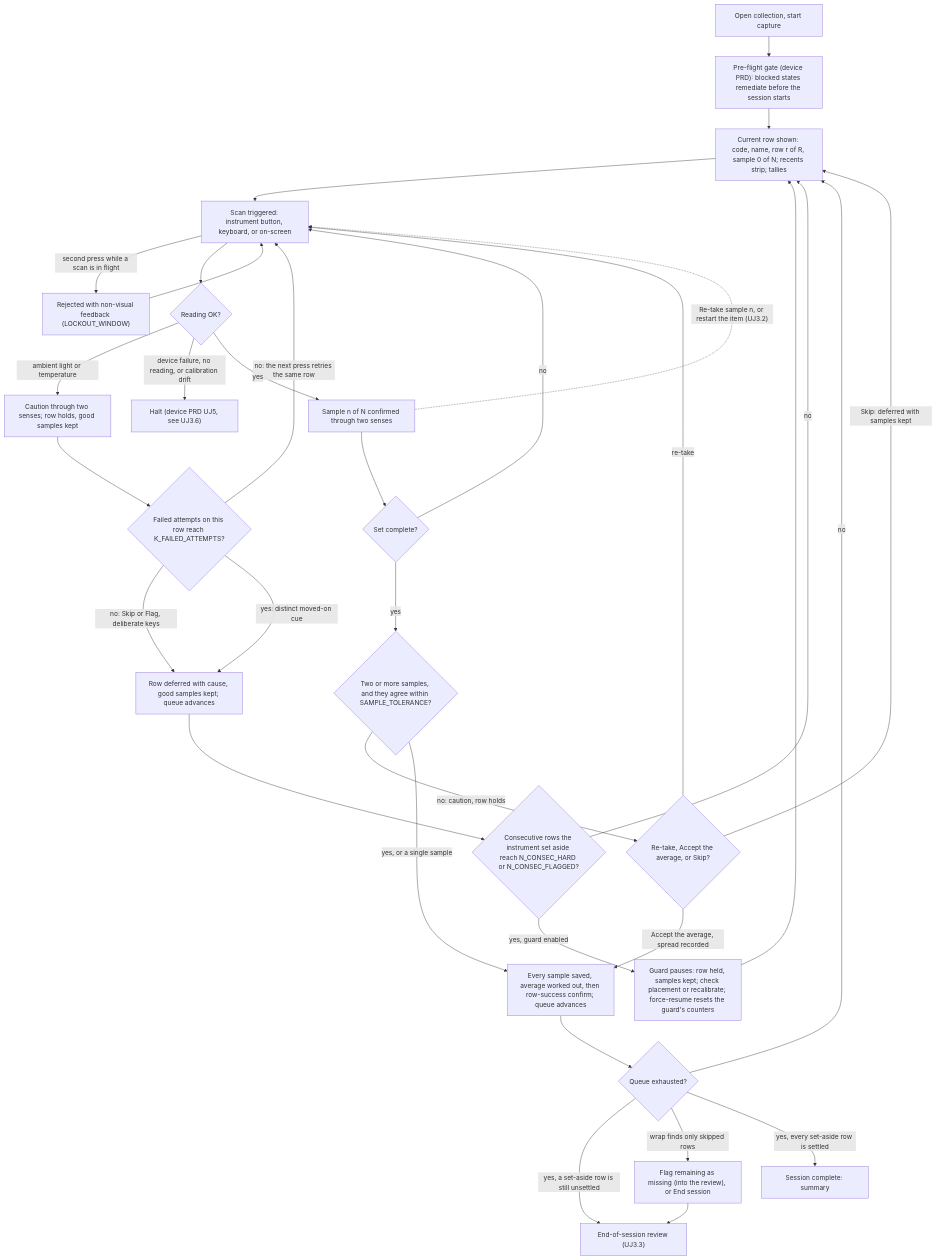
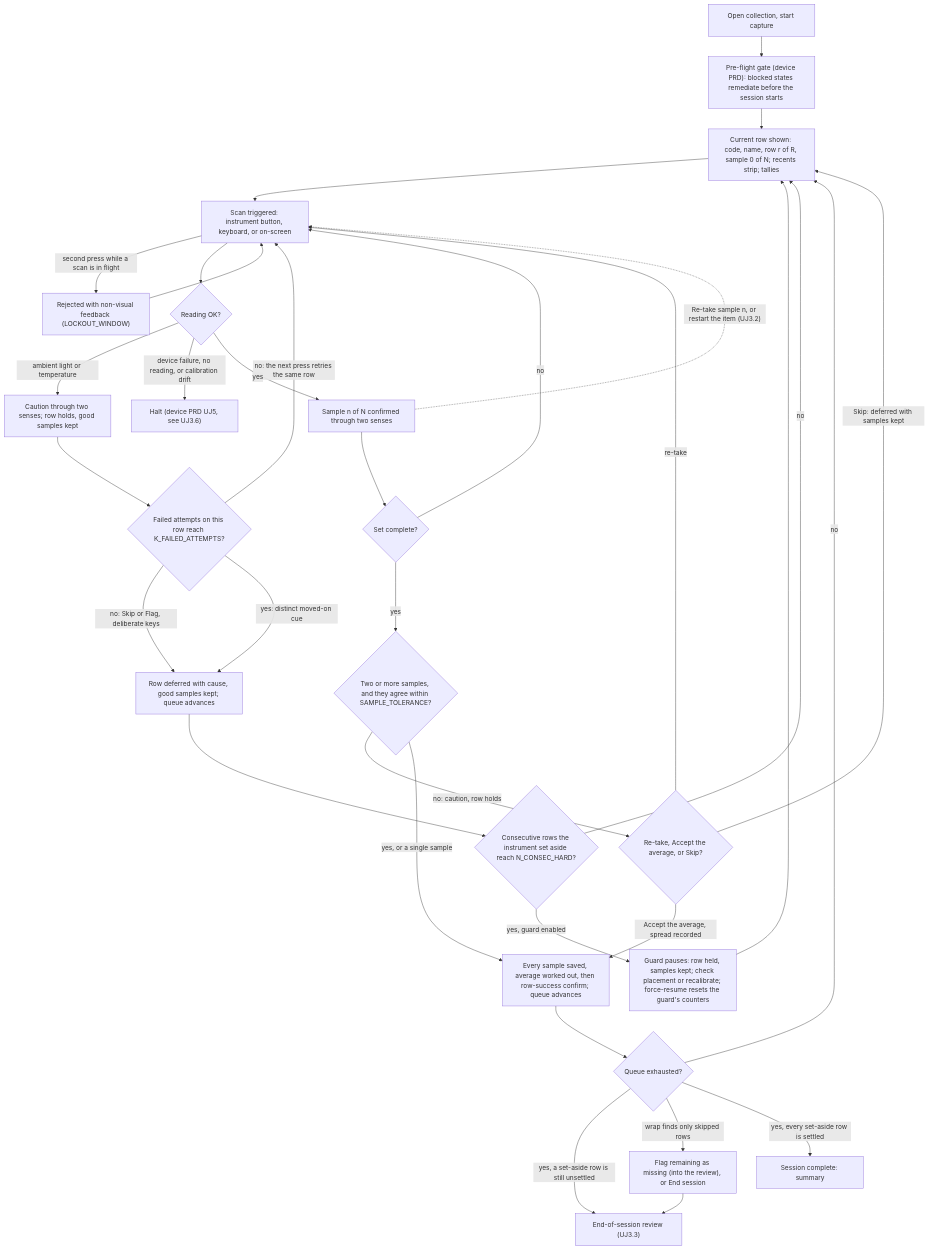
Before and after one commit to vinnyp/spectro-capture: the third of 5 diagrams in docs/product/prd-capture-mode-journeys.md, drawn with Mermaid. The commit also changed 6 other files, not shown here.

````diff
--- a/docs/product/prd-capture-mode-journeys.md
+++ b/docs/product/prd-capture-mode-journeys.md
@@ -248,35 +248,35 @@
 ```mermaid
 flowchart TD
     A["Open collection, start capture"] --> B["Pre-flight gate (device PRD): blocked states remediate before the session starts"]
     B --> C["Current row shown: code, name, row r of R, sample 0 of N; recents strip; tallies"]
     C --> D["Scan triggered: instrument button, keyboard, or on-screen"]
     D -- "second press while a scan is in flight" --> D1["Rejected with non-visual feedback (LOCKOUT_WINDOW)"]
     D1 --> D
     D --> E{Reading OK?}
     E -- "ambient light or temperature" --> F["Caution through two senses; row holds, good samples kept"]
     F --> F2{"Failed attempts on this row reach K_FAILED_ATTEMPTS?"}
     F2 -- "no: the next press retries the same row" --> D
     F2 -- "no: Skip or Flag, deliberate keys" --> F3["Row deferred with cause, good samples kept; queue advances"]
     F2 -- "yes: distinct moved-on cue" --> F3
-    F3 --> K{"Consecutive rows the instrument set aside reach N_CONSEC_HARD or N_CONSEC_FLAGGED?"}
+    F3 --> K{"Consecutive rows the instrument set aside reach N_CONSEC_HARD?"}
     K -- "yes, guard enabled" --> L["Guard pauses: row held, samples kept; check placement or recalibrate; force-resume resets the guard's counters"]
     L --> C
     K -- no --> C
     E -- "device failure, no reading, or calibration drift" --> X["Halt (device PRD UJ5, see UJ3.6)"]
     E -- yes --> G["Sample n of N confirmed through two senses"]
     G --> H{Set complete?}
     H -- no --> D
     G -. "Re-take sample n, or restart the item (UJ3.2)" .-> D
     H -- yes --> I{"Two or more samples, and they agree within SAMPLE_TOLERANCE?"}
     I -- "no: caution, row holds" --> I1{"Re-take, Accept the average, or Skip?"}
     I1 -- "re-take" --> D
     I1 -- "Accept the average, spread recorded" --> J
     I1 -- "Skip: deferred with samples kept" --> C
     I -- "yes, or a single sample" --> J["Every sample saved, average worked out, then row-success confirm; queue advances"]
     J --> M{Queue exhausted?}
     M -- no --> C
     M -- "yes, a set-aside row is still unsettled" --> N["End-of-session review (UJ3.3)"]
     M -- "wrap finds only skipped rows" --> N2["Flag remaining as missing (into the review), or End session"]
     N2 --> N
     M -- "yes, every set-aside row is settled" --> O["Session complete: summary"]
 ```
````
